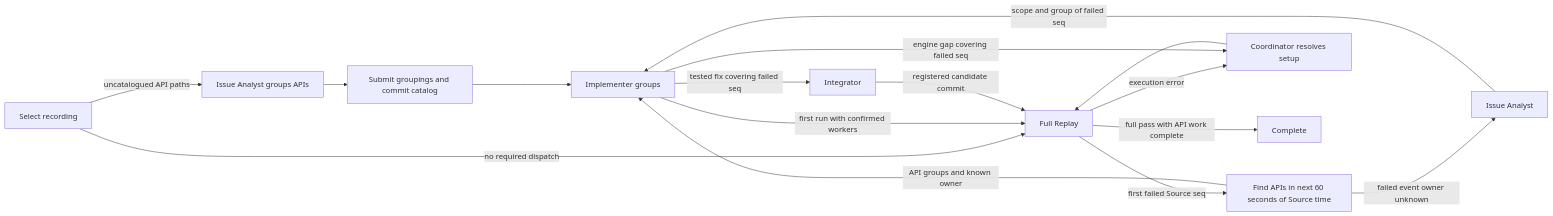
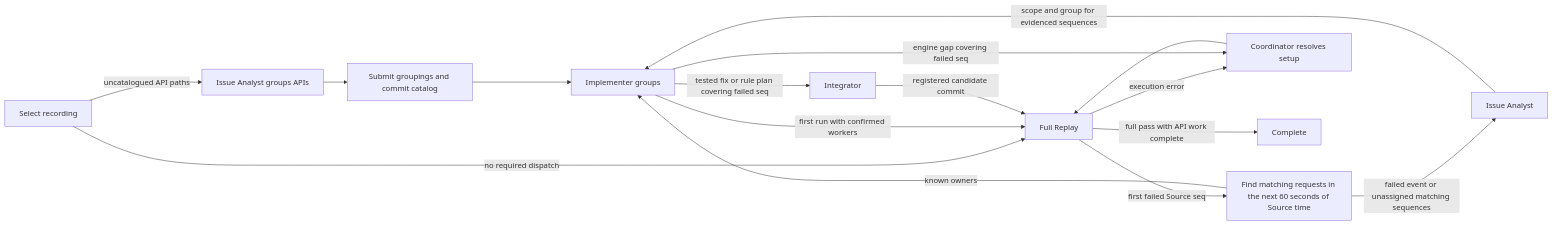
One commit to we-b0ts/be-engine changed the diagram in docs/session-regression.md. Above: the diagram before and after it, drawn with Mermaid. The commit also changed other lines of this file and 41 other files, not shown here.

Commit message:
feat(replay): claim and repair source windows in parallel

````diff
--- a/docs/session-regression.md
+++ b/docs/session-regression.md
@@ -190,18 +192,18 @@
 ```mermaid
 flowchart LR
     select[Select recording] -->|uncatalogued API paths| grouping[Issue Analyst groups APIs]
     grouping --> catalog[Submit groupings and commit catalog]
     catalog --> work[Implementer groups]
     select -->|no required dispatch| replay[Full Replay]
     work -->|first run with confirmed workers| replay
-    replay -->|first failed Source seq| window[Find APIs in next 60 seconds of Source time]
-    window -->|API groups and known owner| work
-    window -->|failed event owner unknown| analysis[Issue Analyst]
-    analysis -->|scope and group of failed seq| work
+    replay -->|first failed Source seq| window[Find matching requests in the next 60 seconds of Source time]
+    window -->|known owners| work
+    window -->|failed event or unassigned matching sequences| analysis[Issue Analyst]
+    analysis -->|scope and group for evidenced sequences| work
     replay -->|execution error| setup[Coordinator resolves setup]
     setup --> replay
     work -->|engine gap covering failed seq| setup
-    work -->|tested fix covering failed seq| integration[Integrator]
+    work -->|tested fix or rule plan covering failed seq| integration[Integrator]
     integration -->|registered candidate commit| replay
     replay -->|full pass with API work complete| complete[Complete]
 ```
````
